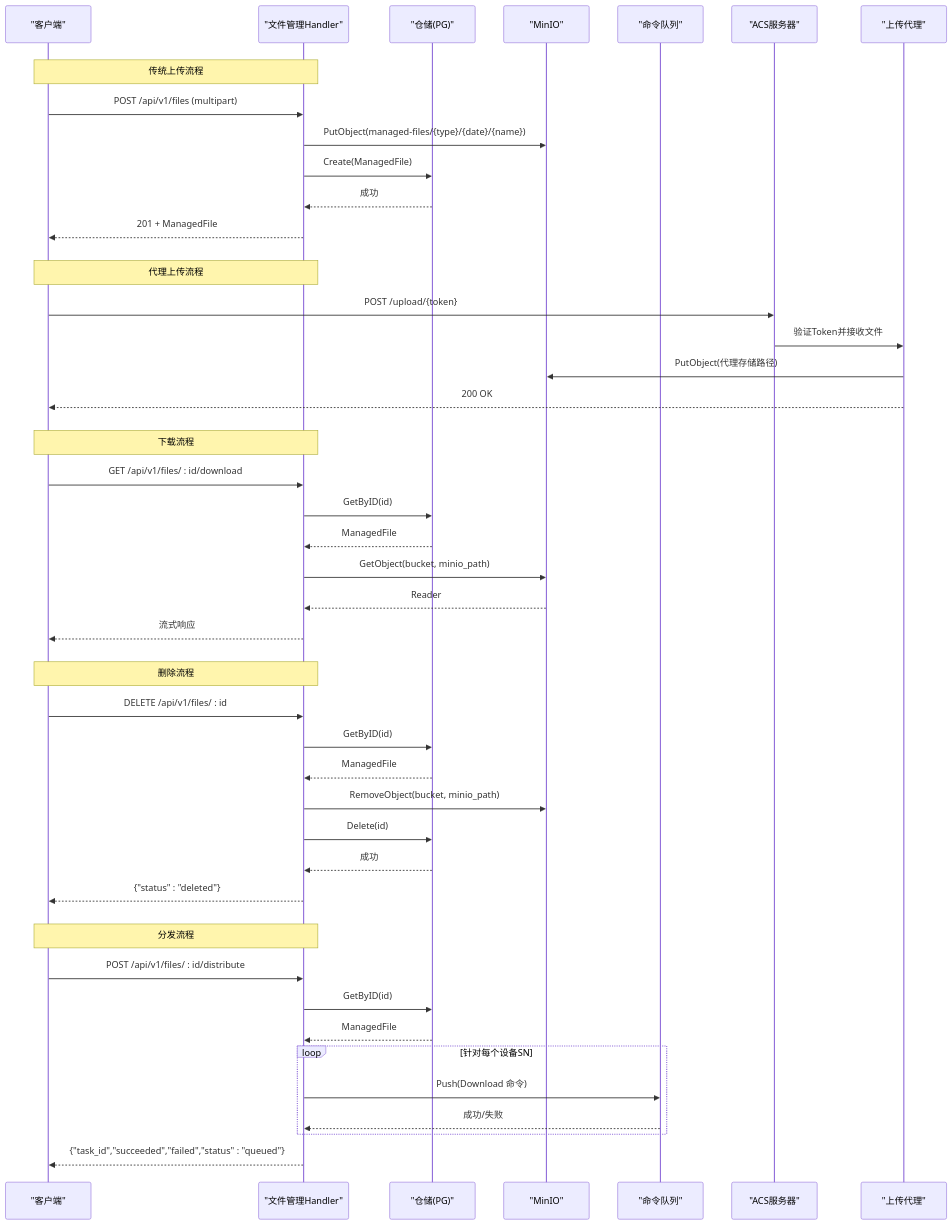
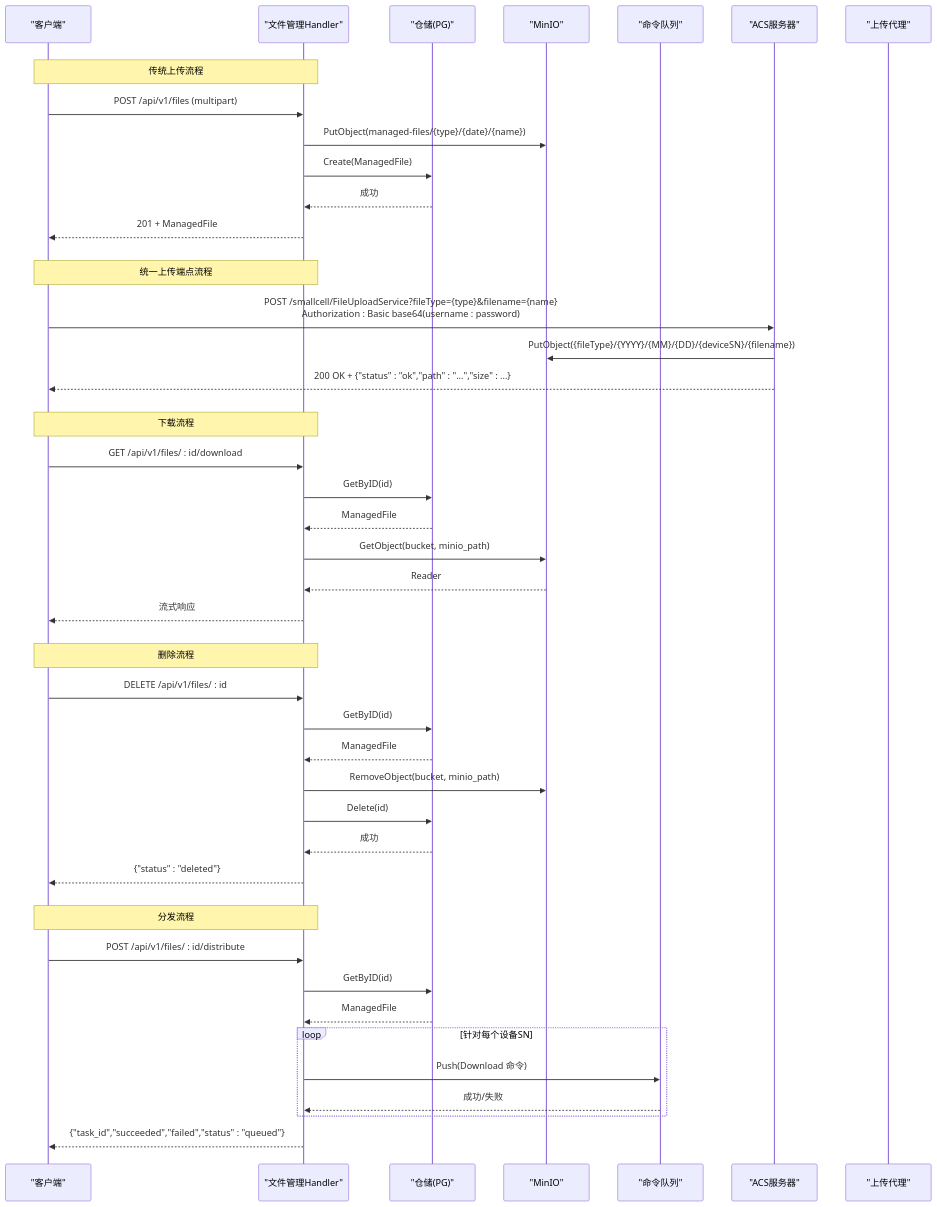
Before and after one commit to bixinhaner/xomc: the second of 11 diagrams in .qoder/repowiki/zh/content/核心模块/文件管理模块/文件管理模块.md, drawn with Mermaid. The commit also changed other lines of this file and 4 other files, not shown here.

````diff
--- a/.qoder/repowiki/zh/content/核心模块/文件管理模块/文件管理模块.md
+++ b/.qoder/repowiki/zh/content/核心模块/文件管理模块/文件管理模块.md
@@ -112,55 +122,54 @@
 ```mermaid
 sequenceDiagram
 participant Client as "客户端"
 participant Handler as "文件管理Handler"
 participant Repo as "仓储(PG)"
 participant MinIO as "MinIO"
 participant CmdQ as "命令队列"
 participant ACS as "ACS服务器"
 participant Proxy as "上传代理"
 rect rgb(255,255,255)
 Note over Client,Handler : 传统上传流程
 Client->>Handler : POST /api/v1/files (multipart)
 Handler->>MinIO : PutObject(managed-files/{type}/{date}/{name})
 Handler->>Repo : Create(ManagedFile)
 Repo-->>Handler : 成功
 Handler-->>Client : 201 + ManagedFile
 end
 rect rgb(255,255,255)
-Note over Client,Handler : 代理上传流程
-Client->>ACS : POST /upload/{token}
-ACS->>Proxy : 验证Token并接收文件
-Proxy->>MinIO : PutObject(代理存储路径)
-Proxy-->>Client : 200 OK
+Note over Client,Handler : 统一上传端点流程
+Client->>ACS : POST /smallcell/FileUploadService?fileType={type}&filename={name}<br/>Authorization : Basic base64(username : password)
+ACS->>MinIO : PutObject({fileType}/{YYYY}/{MM}/{DD}/{deviceSN}/{filename})
+ACS-->>Client : 200 OK + {"status" : "ok","path" : "...","size" : ...}
 end
 rect rgb(255,255,255)
 Note over Client,Handler : 下载流程
 Client->>Handler : GET /api/v1/files/ : id/download
 Handler->>Repo : GetByID(id)
 Repo-->>Handler : ManagedFile
 Handler->>MinIO : GetObject(bucket, minio_path)
 MinIO-->>Handler : Reader
 Handler-->>Client : 流式响应
 end
 rect rgb(255,255,255)
 Note over Client,Handler : 删除流程
 Client->>Handler : DELETE /api/v1/files/ : id
 Handler->>Repo : GetByID(id)
 Repo-->>Handler : ManagedFile
 Handler->>MinIO : RemoveObject(bucket, minio_path)
 Handler->>Repo : Delete(id)
 Repo-->>Handler : 成功
 Handler-->>Client : {"status" : "deleted"}
 end
 rect rgb(255,255,255)
 Note over Client,Handler : 分发流程
 Client->>Handler : POST /api/v1/files/ : id/distribute
 Handler->>Repo : GetByID(id)
 Repo-->>Handler : ManagedFile
 loop 针对每个设备SN
 Handler->>CmdQ : Push(Download 命令)
 CmdQ-->>Handler : 成功/失败
 end
 Handler-->>Client : {"task_id","succeeded","failed","status" : "queued"}
 end
 ```
````
